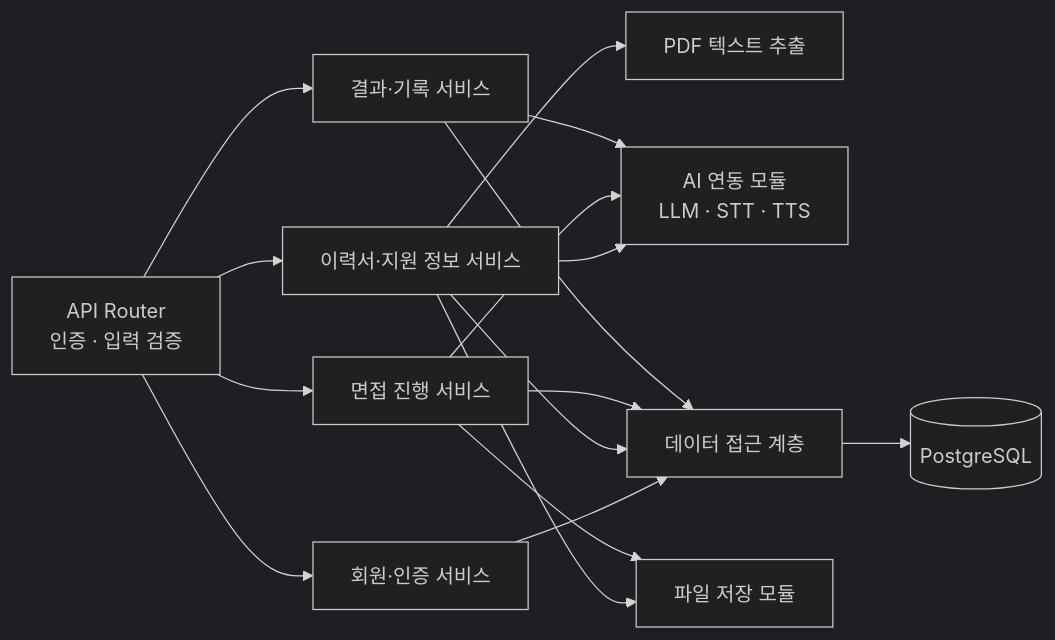
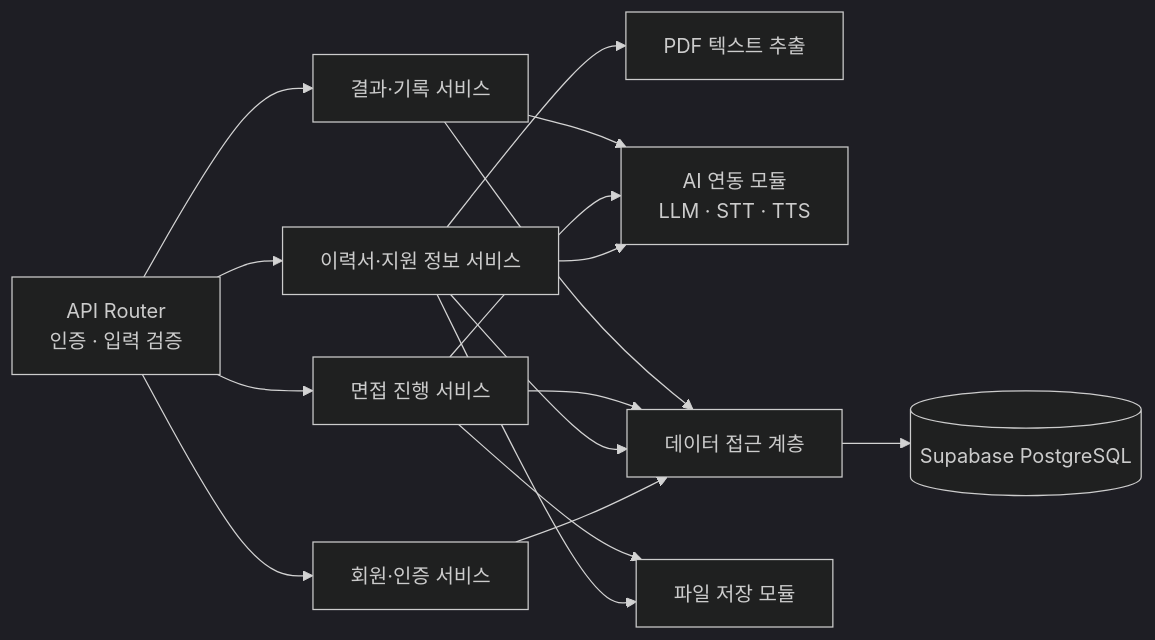
The second of 3 diagrams in 설계/시스템_아키텍처.md (dkstjdwo/ansim-ai-personal), drawn with Mermaid (dark theme) before and after one commit. The commit also changed other lines of this file and 4 other files, not shown here.

````diff
--- a/설계/시스템_아키텍처.md
+++ b/설계/시스템_아키텍처.md
@@ -50,18 +56,18 @@
 ```mermaid
 flowchart LR
     R[API Router<br/>인증 · 입력 검증] --> AUTH[회원·인증 서비스]
     R --> RES[이력서·지원 정보 서비스]
     R --> INT[면접 진행 서비스]
     R --> REP[결과·기록 서비스]
     RES --> PDF[PDF 텍스트 추출]
     RES --> AD[AI 연동 모듈<br/>LLM · STT · TTS]
     INT --> AD
     REP --> AD
     AUTH --> DAL[데이터 접근 계층]
     RES --> DAL
     INT --> DAL
     REP --> DAL
-    DAL --> DB[(PostgreSQL)]
+    DAL --> DB[(Supabase PostgreSQL)]
     RES --> FILE[파일 저장 모듈]
     INT --> FILE
 ```
````
